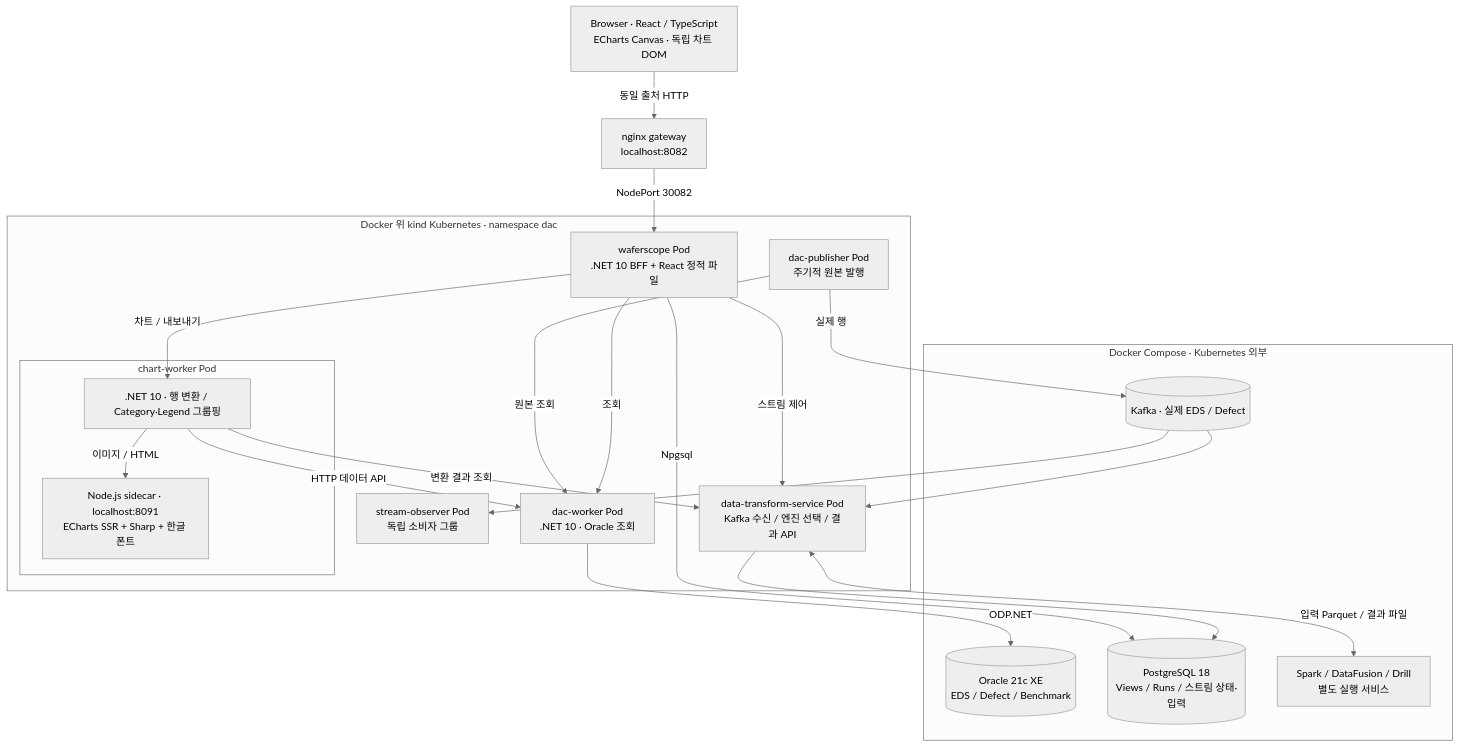
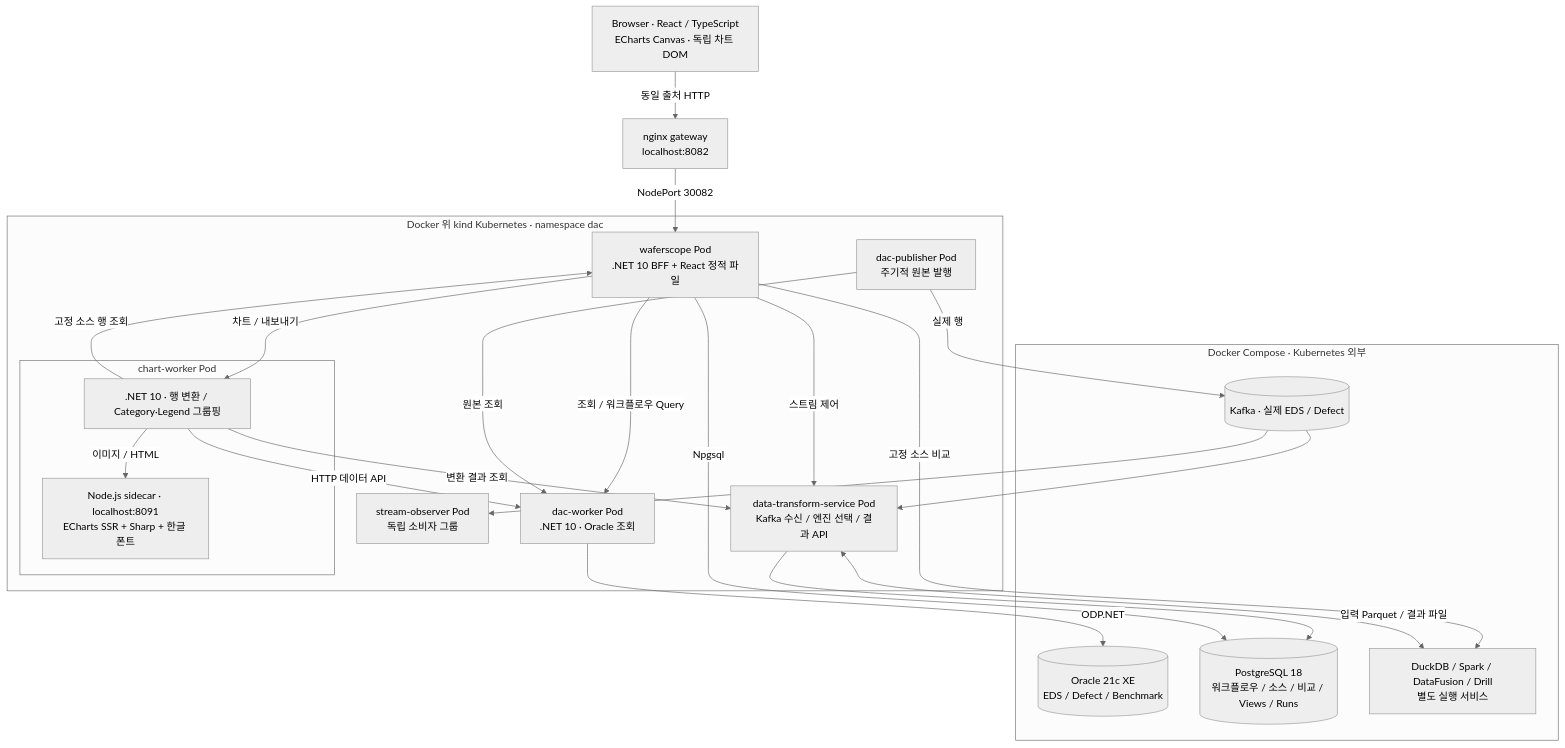
Before and after one commit to amuro33/dac-duckdb: the diagram in README.md, drawn with Mermaid (neutral theme). The commit also changed other lines of this file and 12 other files, not shown here.

````diff
--- a/README.md
+++ b/README.md
@@ -42,38 +41,40 @@
 ```mermaid
 flowchart TB
   browser["Browser · React / TypeScript<br/>ECharts Canvas · 독립 차트 DOM"]
   gateway["nginx gateway<br/>localhost:8082"]
   subgraph cluster["Docker 위 kind Kubernetes · namespace dac"]
     portal["waferscope Pod<br/>.NET 10 BFF + React 정적 파일"]
     dac["dac-worker Pod<br/>.NET 10 · Oracle 조회"]
     transform["data-transform-service Pod<br/>Kafka 수신 / 엔진 선택 / 결과 API"]
     publisher["dac-publisher Pod<br/>주기적 원본 발행"]
     observer["stream-observer Pod<br/>독립 소비자 그룹"]
     subgraph chartpod["chart-worker Pod"]
       chart[".NET 10 · 행 변환 / Category·Legend 그룹핑"]
       renderer["Node.js sidecar · localhost:8091<br/>ECharts SSR + Sharp + 한글 폰트"]
     end
   end
   subgraph databases["Docker Compose · Kubernetes 외부"]
     oracle[("Oracle 21c XE<br/>EDS / Defect / Benchmark")]
-    postgres[("PostgreSQL 18<br/>Views / Runs / 스트림 상태·입력")]
+    postgres[("PostgreSQL 18<br/>워크플로우 / 소스 / 비교 / Views / Runs")]
     kafka[("Kafka · 실제 EDS / Defect")]
-    engines["Spark / DataFusion / Drill<br/>별도 실행 서비스"]
+    engines["DuckDB / Spark / DataFusion / Drill<br/>별도 실행 서비스"]
   end
   browser -->|"동일 출처 HTTP"| gateway
   gateway -->|"NodePort 30082"| portal
-  portal -->|"조회"| dac
+  portal -->|"고정 소스 비교"| engines
+  chart -->|"고정 소스 행 조회"| portal
+  portal -->|"조회 / 워크플로우 Query"| dac
   portal -->|"스트림 제어"| transform
   publisher -->|"원본 조회"| dac
   publisher -->|"실제 행"| kafka
   transform <-->|"입력 Parquet / 결과 파일"| engines
   kafka --> transform
   kafka --> observer
   transform --> postgres
   chart -->|"변환 결과 조회"| transform
   portal -->|"차트 / 내보내기"| chart
   chart -->|"HTTP 데이터 API"| dac
   chart -->|"이미지 / HTML"| renderer
   dac -->|"ODP.NET"| oracle
   portal -->|"Npgsql"| postgres
 ```
````
